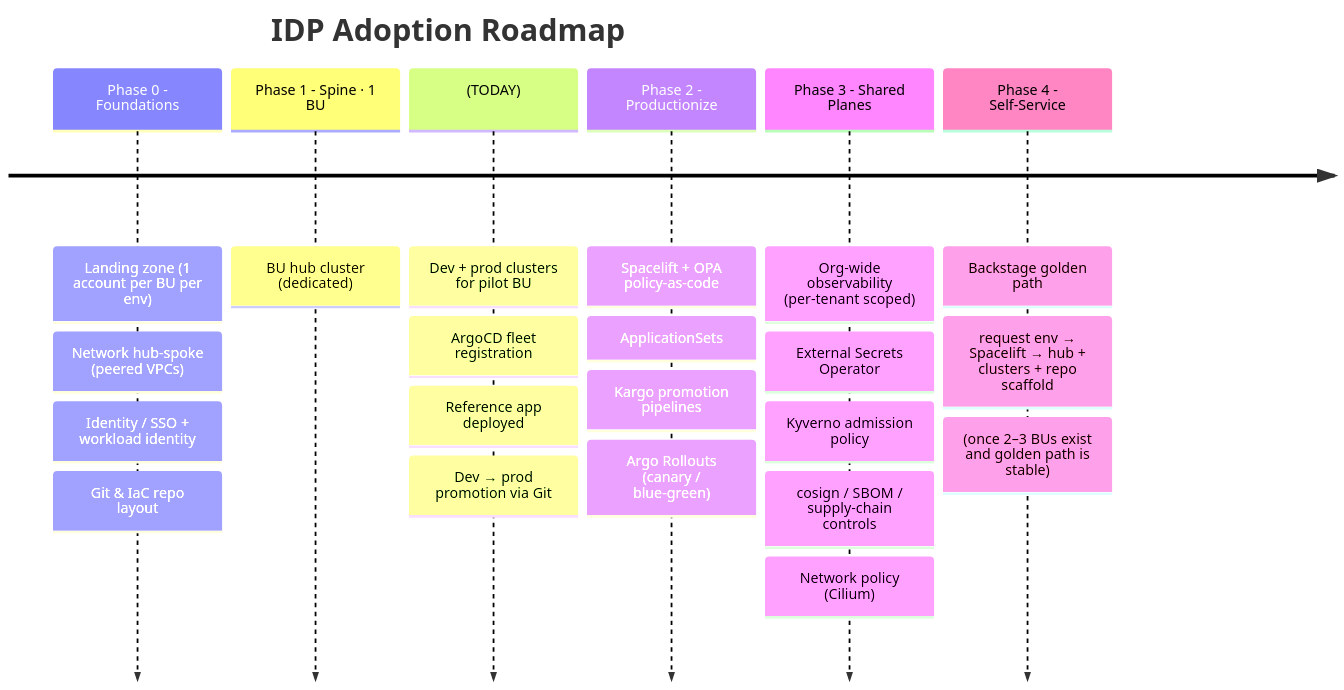
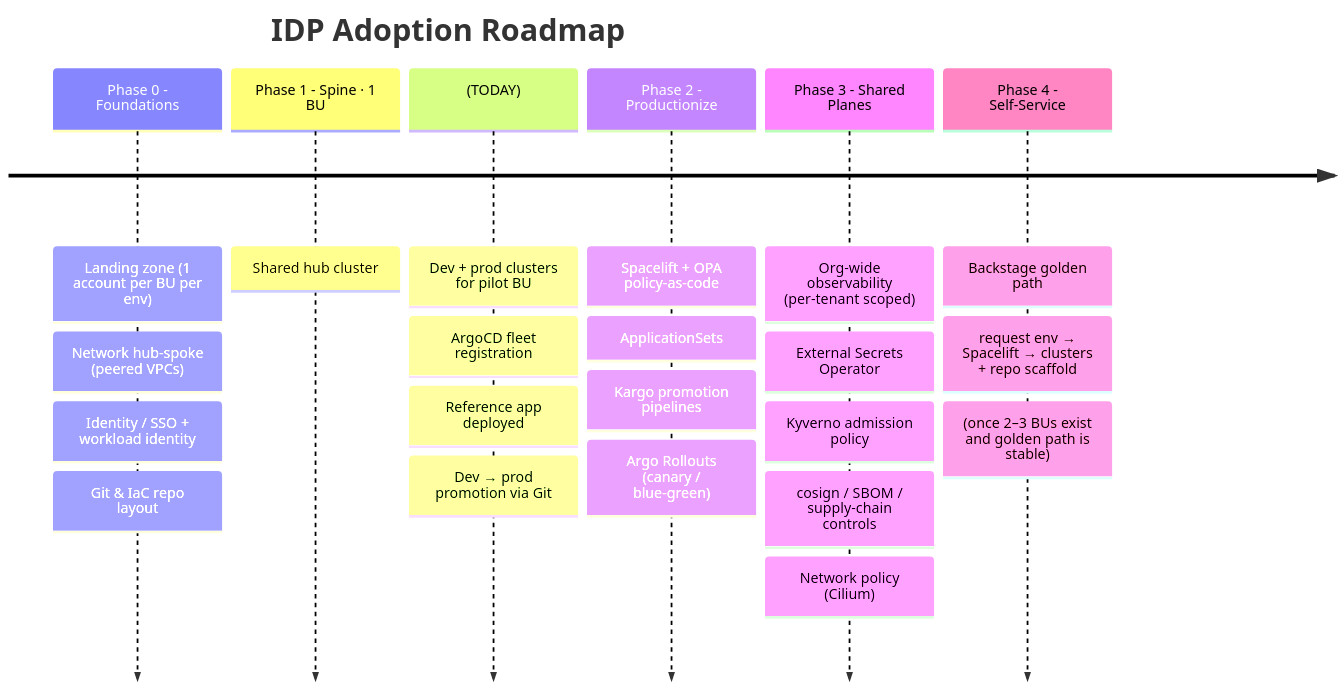
One commit to urukube/.github changed the fifth of 5 diagrams in .github/README.md. Above: the diagram before and after it, drawn with Mermaid. The commit also changed other lines of this file and 1 other file, not shown here.

First line of the commit message:
docs: correct topology to shared hub + per-BU clusters

````diff
--- a/.github/README.md
+++ b/.github/README.md
@@ -189,25 +190,25 @@
 ```mermaid
 timeline
     title IDP Adoption Roadmap
     Phase 0 - Foundations      : Landing zone (1 account per BU per env)
                                : Network hub-spoke (peered VPCs)
                                : Identity / SSO + workload identity
                                : Git & IaC repo layout
-    Phase 1 - Spine · 1 BU    : BU hub cluster (dedicated)
+    Phase 1 - Spine · 1 BU    : Shared hub cluster
     (TODAY)                    : Dev + prod clusters for pilot BU
                                : ArgoCD fleet registration
                                : Reference app deployed
                                : Dev → prod promotion via Git
     Phase 2 - Productionize    : Spacelift + OPA policy-as-code
                                : ApplicationSets
                                : Kargo promotion pipelines
                                : Argo Rollouts (canary / blue-green)
     Phase 3 - Shared Planes    : Org-wide observability (per-tenant scoped)
                                : External Secrets Operator
                                : Kyverno admission policy
                                : cosign / SBOM / supply-chain controls
                                : Network policy (Cilium)
     Phase 4 - Self-Service     : Backstage golden path
-                               : request env → Spacelift → hub + clusters + repo scaffold
+                               : request env → Spacelift → clusters + repo scaffold
                                : (once 2–3 BUs exist and golden path is stable)
 ```
````
